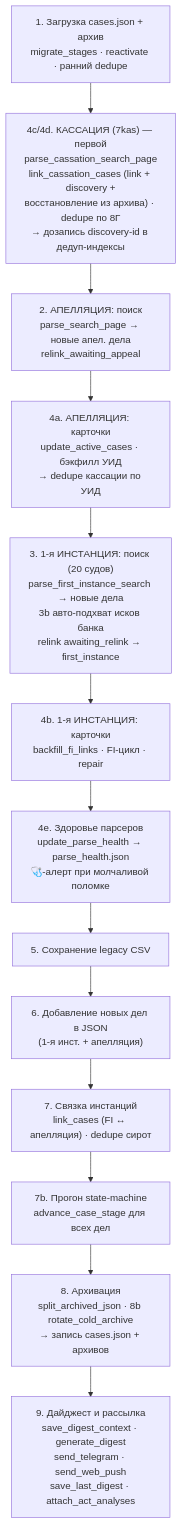
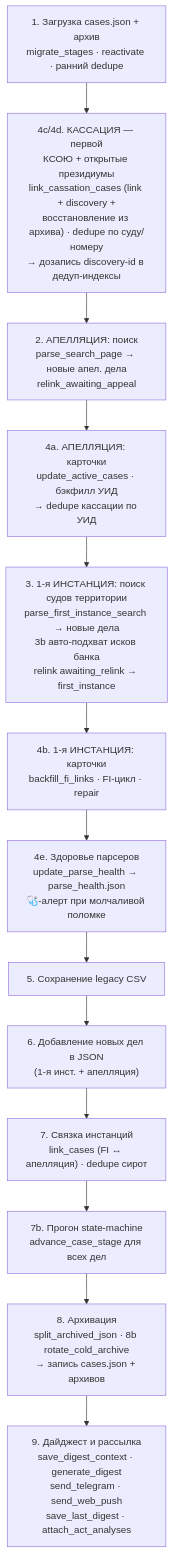
The diagram in docs/technical/05-конвейер-обновления.md (SelivanovAS/dashboard), drawn with Mermaid before and after one commit. The commit also changed other lines of this file and 27 other files, not shown here.

````diff
--- a/docs/technical/05-конвейер-обновления.md
+++ b/docs/technical/05-конвейер-обновления.md
@@ -88,16 +92,16 @@
 ```mermaid
 flowchart TD
     A["1. Загрузка cases.json + архив<br/>migrate_stages · reactivate · ранний dedupe"] --> E
-    E["4c/4d. КАССАЦИЯ (7kas) — первой<br/>parse_cassation_search_page<br/>link_cassation_cases (link + discovery +<br/>восстановление из архива) · dedupe по 8Г<br/>→ дозапись discovery-id в дедуп-индексы"] --> B
+    E["4c/4d. КАССАЦИЯ — первой<br/>КСОЮ + открытые президиумы<br/>link_cassation_cases (link + discovery +<br/>восстановление из архива) · dedupe по суду/номеру<br/>→ дозапись discovery-id в дедуп-индексы"] --> B
     B["2. АПЕЛЛЯЦИЯ: поиск<br/>parse_search_page → новые апел. дела<br/>relink_awaiting_appeal"] --> D
     D["4a. АПЕЛЛЯЦИЯ: карточки<br/>update_active_cases · бэкфилл УИД<br/>→ dedupe кассации по УИД"] --> C
-    C["3. 1-я ИНСТАНЦИЯ: поиск (20 судов)<br/>parse_first_instance_search → новые дела<br/>3b авто-подхват исков банка<br/>relink awaiting_relink → first_instance"] --> D2
+    C["3. 1-я ИНСТАНЦИЯ: поиск судов территории<br/>parse_first_instance_search → новые дела<br/>3b авто-подхват исков банка<br/>relink awaiting_relink → first_instance"] --> D2
     D2["4b. 1-я ИНСТАНЦИЯ: карточки<br/>backfill_fi_links · FI-цикл · repair"] --> E2
     E2["4e. Здоровье парсеров<br/>update_parse_health → parse_health.json<br/>🩺-алерт при молчаливой поломке"] --> F
     F["5. Сохранение legacy CSV"] --> G
     G["6. Добавление новых дел в JSON<br/>(1-я инст. + апелляция)"] --> H
     H["7. Связка инстанций<br/>link_cases (FI ↔ апелляция) · dedupe сирот"] --> I
     I["7b. Прогон state-machine<br/>advance_case_stage для всех дел"] --> J
     J["8. Архивация<br/>split_archived_json · 8b rotate_cold_archive<br/>→ запись cases.json + архивов"] --> K
     K["9. Дайджест и рассылка<br/>save_digest_context · generate_digest<br/>send_telegram · send_web_push<br/>save_last_digest · attach_act_analyses"]
 ```
````
